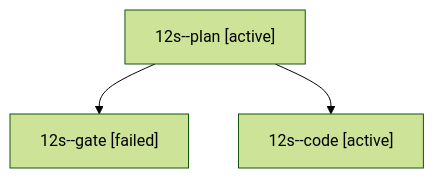
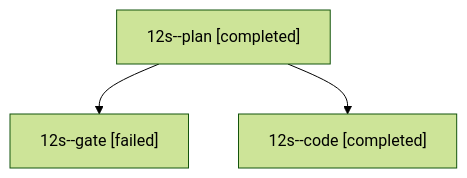
The diagram in sessions/bbugyi200.athena.12s.md (bobs-org/bob-cli--agents), drawn with Mermaid (forest theme) before and after one commit. The commit also changed other lines of this file and 11 other files, not shown here.

````diff
--- a/sessions/bbugyi200.athena.12s.md
+++ b/sessions/bbugyi200.athena.12s.md
@@ -9,8 +9,8 @@
 ```mermaid
 flowchart TD
-  n0["12s--plan [active]"]
+  n0["12s--plan [completed]"]
   n1["12s--gate [failed]"]
   n0 --> n1
-  n2["12s--code [active]"]
+  n2["12s--code [completed]"]
   n0 --> n2
 ```
````
